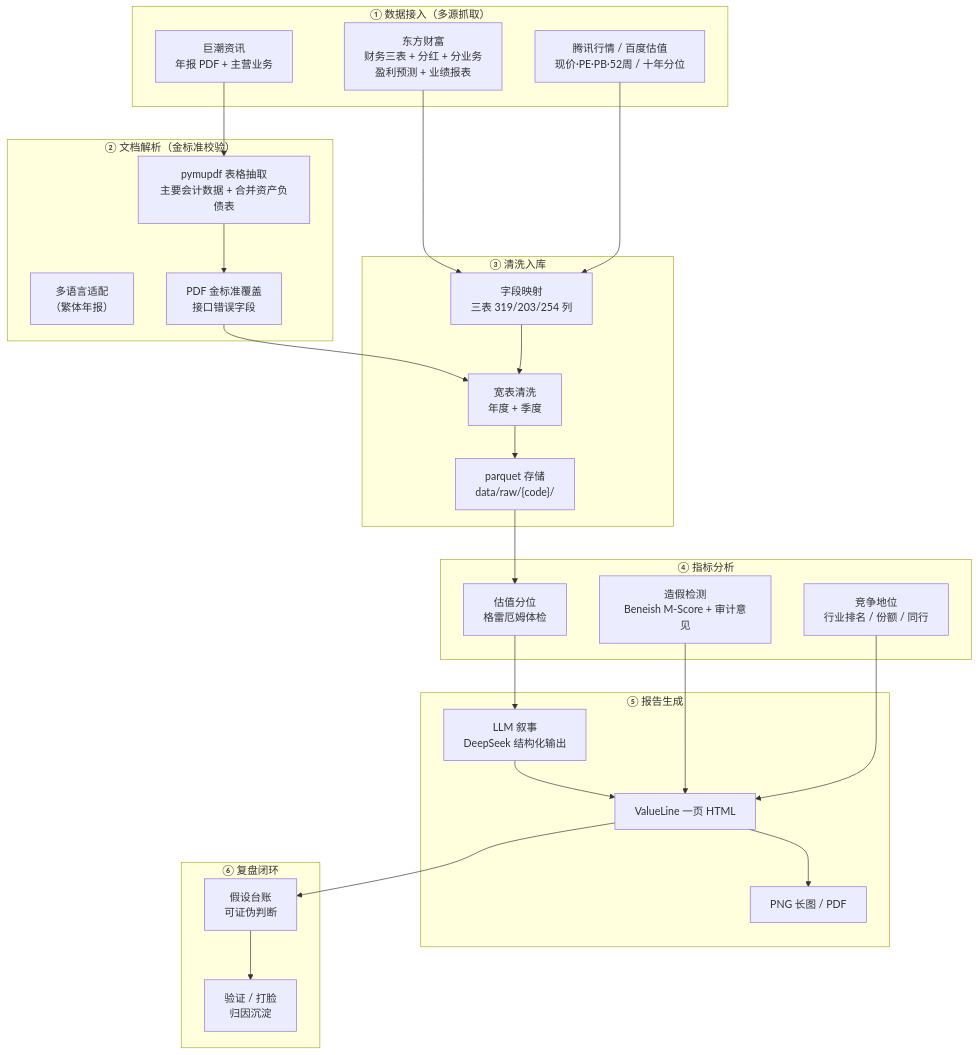
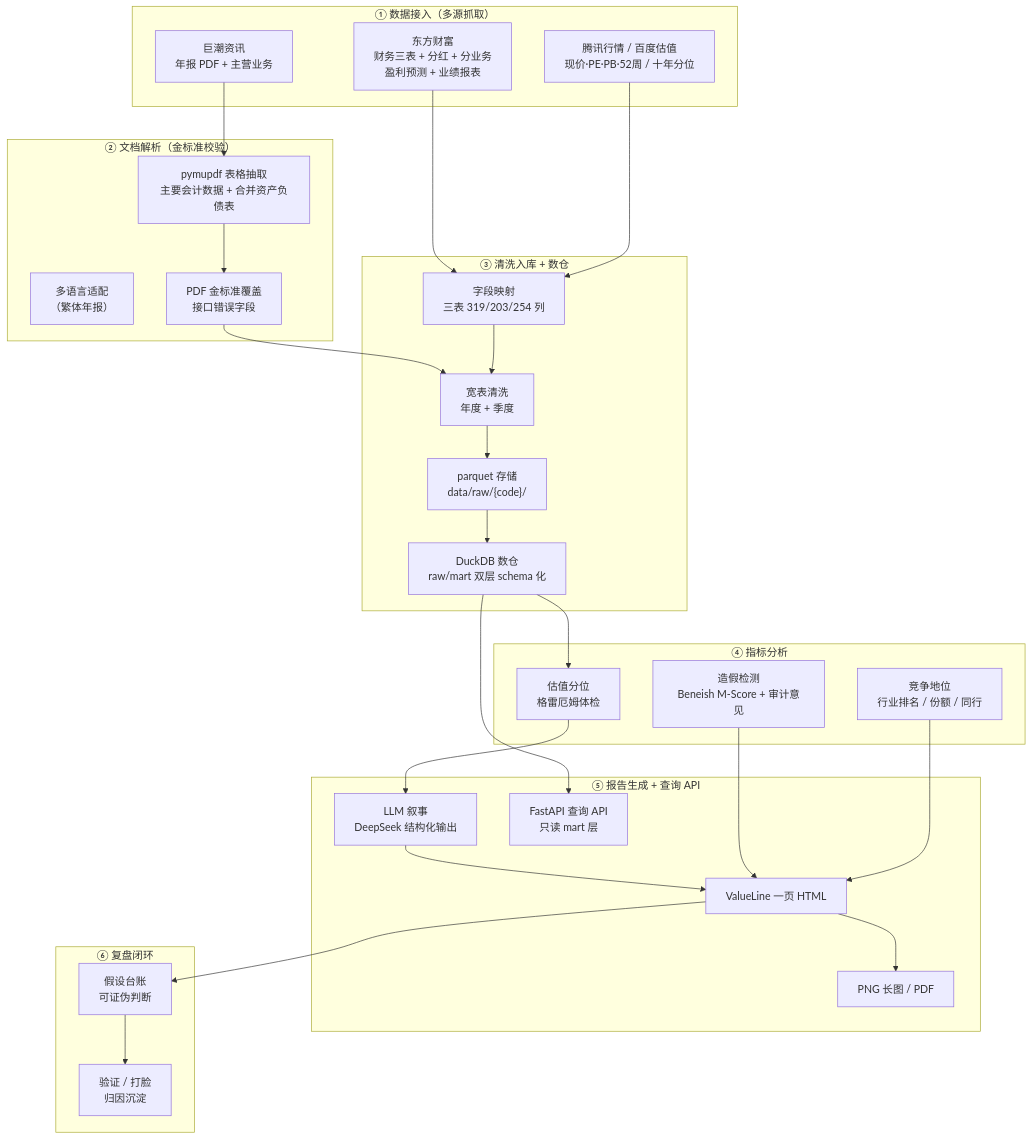
The diagram in README.md (lx126126/ai_augmented_fundamental_investment), drawn with Mermaid before and after one commit. The commit also changed other lines of this file and 1 other file, not shown here.

First line of the commit message:
docs: README/architecture 对齐真实进展（数仓·编排·API 三大 JD 缺口已闭环）

````diff
--- a/README.md
+++ b/README.md
@@ -9,48 +9,52 @@
 ```mermaid
 flowchart TB
     subgraph ING["① 数据接入（多源抓取）"]
         A1["东方财富<br/>财务三表 + 分红 + 分业务<br/>盈利预测 + 业绩报表"]
         A2["巨潮资讯<br/>年报 PDF + 主营业务"]
         A3["腾讯行情 / 百度估值<br/>现价·PE·PB·52周 / 十年分位"]
     end
 
     subgraph PARSE["② 文档解析（金标准校验）"]
         B1["pymupdf 表格抽取<br/>主要会计数据 + 合并资产负债表"]
         B2["多语言适配<br/>（繁体年报）"]
         B3["PDF 金标准覆盖<br/>接口错误字段"]
     end
 
-    subgraph STORE["③ 清洗入库"]
+    subgraph STORE["③ 清洗入库 + 数仓"]
         C1["字段映射<br/>三表 319/203/254 列"]
         C2["宽表清洗<br/>年度 + 季度"]
         C3["parquet 存储<br/>data/raw/{code}/"]
+        C4["DuckDB 数仓<br/>raw/mart 双层 schema 化"]
     end
 
     subgraph ANALYZE["④ 指标分析"]
         D1["估值分位<br/>格雷厄姆体检"]
         D2["造假检测<br/>Beneish M-Score + 审计意见"]
         D3["竞争地位<br/>行业排名 / 份额 / 同行"]
     end
 
-    subgraph REPORT["⑤ 报告生成"]
+    subgraph REPORT["⑤ 报告生成 + 查询 API"]
         E1["LLM 叙事<br/>DeepSeek 结构化输出"]
         E2["ValueLine 一页 HTML"]
         E3["PNG 长图 / PDF"]
+        E4["FastAPI 查询 API<br/>只读 mart 层"]
     end
 
     subgraph REVIEW["⑥ 复盘闭环"]
         F1["假设台账<br/>可证伪判断"]
         F2["验证 / 打脸<br/>归因沉淀"]
     end
 
     A1 --> C1
     A2 --> B1
     A3 --> C1
     B1 --> B3
     B3 --> C2
-    C1 --> C2 --> C3 --> D1
+    C1 --> C2 --> C3 --> C4
+    C4 --> E4
+    C4 --> D1
     D1 --> E1 --> E2 --> E3
     D2 --> E2
     D3 --> E2
     E2 --> F1 --> F2
 ```
````
